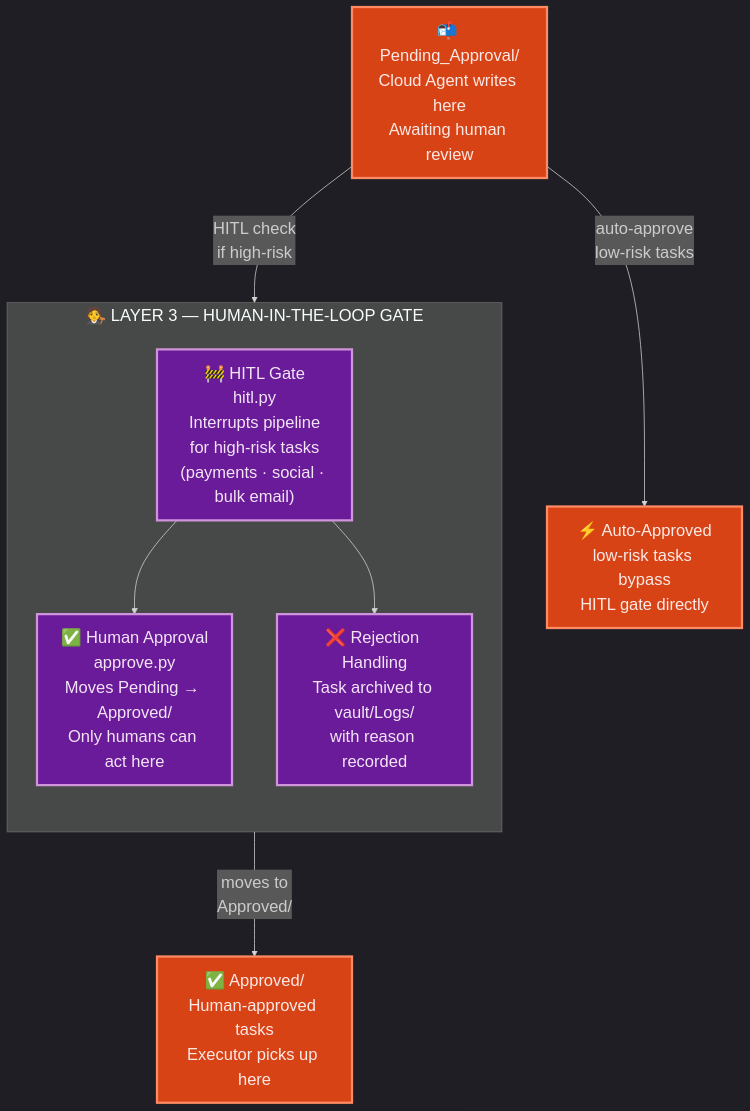
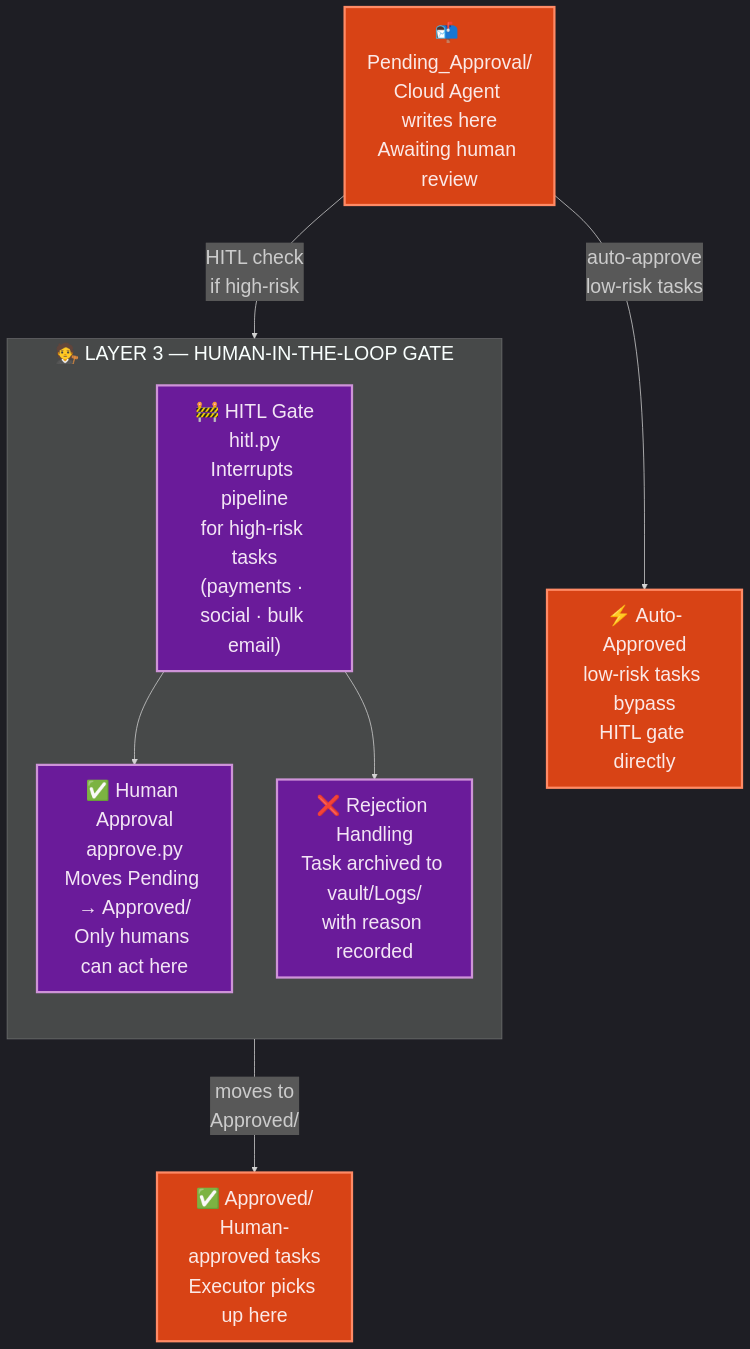
Before and after one commit to Mehreen676/AI_Employee_Vault_Platinum: the diagram in docs/architecture/zoom_2_hitl.mmd, drawn with Mermaid. The commit also changed 9 other files, not shown here.

Commit message:
docs: improve architecture diagram readability (2x resolution)

```diff
--- a/docs/architecture/zoom_2_hitl.mmd
+++ b/docs/architecture/zoom_2_hitl.mmd
@@ -1,26 +1,26 @@
-%%{init: {"theme": "dark", "flowchart": {"nodeSpacing": 60, "rankSpacing": 100, "curve": "basis"}, "themeVariables": {"fontSize": "22px", "fontFamily": "monospace"}}}%%
+%%{init: {"theme": "dark", "flowchart": {"nodeSpacing": 60, "rankSpacing": 100, "curve": "basis"}, "themeVariables": {"fontSize": "26px", "fontFamily": "monospace"}}}%%
 flowchart TD
 
     classDef vaultCls  fill:#d84315,stroke:#ff8a65,color:#fbe9e7,stroke-width:3px
     classDef hitlCls   fill:#6a1b9a,stroke:#ce93d8,color:#f3e5f5,stroke-width:3px
 
     VP["📬 Pending_Approval/\nCloud Agent writes here\nAwaiting human review"]
 
     subgraph HITL["🧑‍⚖️  LAYER 3 — HUMAN-IN-THE-LOOP GATE"]
         direction TB
         HG["🚧 HITL Gate\nhitl.py\nInterrupts pipeline\nfor high-risk tasks\n(payments · social · bulk email)"]
         HA["✅ Human Approval\napprove.py\nMoves Pending → Approved/\nOnly humans can act here"]
         HR["❌ Rejection Handling\nTask archived to vault/Logs/\nwith reason recorded"]
         HG --> HA
         HG --> HR
     end
 
     VA["✅ Approved/\nHuman-approved tasks\nExecutor picks up here"]
     VA2["⚡ Auto-Approved\nlow-risk tasks bypass\nHITL gate directly"]
 
     VP -->|"HITL check\nif high-risk"| HG
     HA -->|"moves to\nApproved/"| VA
     VP -->|"auto-approve\nlow-risk tasks"| VA2
 
     class VP,VA,VA2 vaultCls
     class HG,HA,HR hitlCls
```
